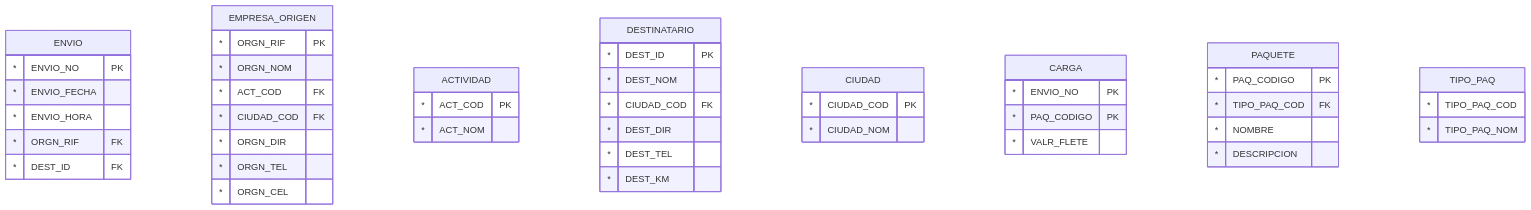
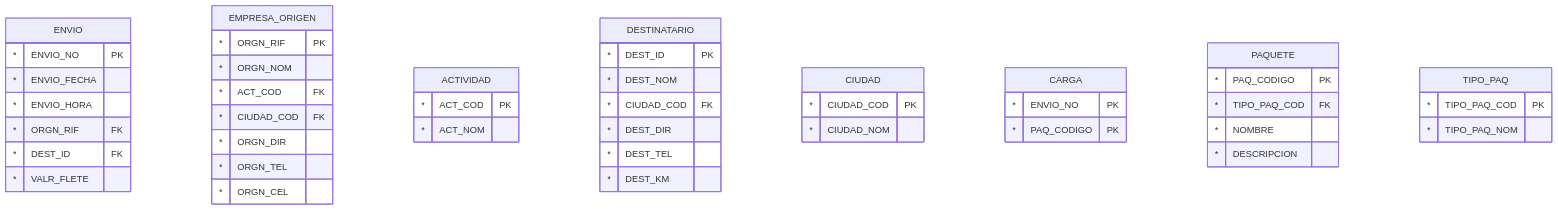
The fourth of 4 diagrams in materias/base-datos/tps/TP-normalizacion.md (ppandomail/data), drawn with Mermaid before and after one commit. The commit also changed other lines of this file and 12 other files, not shown here.

````diff
--- a/materias/base-datos/tps/TP-normalizacion.md
+++ b/materias/base-datos/tps/TP-normalizacion.md
@@ -101,57 +102,57 @@
 ```mermaid
 erDiagram
     ENVIO {
         * ENVIO_NO PK
         * ENVIO_FECHA
         * ENVIO_HORA
         * ORGN_RIF FK
-        * DEST_ID FK  
+        * DEST_ID FK 
+        * VALR_FLETE  
     }
 
     EMPRESA_ORIGEN {
         * ORGN_RIF PK
         * ORGN_NOM
         * ACT_COD FK
         * CIUDAD_COD FK
         * ORGN_DIR
         * ORGN_TEL
         * ORGN_CEL
     }
 
     ACTIVIDAD {
         * ACT_COD PK
         * ACT_NOM
     }
 
     DESTINATARIO {
         * DEST_ID PK
         * DEST_NOM
         * CIUDAD_COD FK
         * DEST_DIR
         * DEST_TEL
         * DEST_KM 
     }
 
     CIUDAD {
         * CIUDAD_COD PK
         * CIUDAD_NOM
     }
 
     CARGA {
         * ENVIO_NO PK
         * PAQ_CODIGO PK
-        * VALR_FLETE 
     }
 
     PAQUETE {
         * PAQ_CODIGO PK
         * TIPO_PAQ_COD FK
         * NOMBRE
         * DESCRIPCION
     }
 
     TIPO_PAQ {
-        * TIPO_PAQ_COD
+        * TIPO_PAQ_COD PK
         * TIPO_PAQ_NOM
     }
 ```
````
